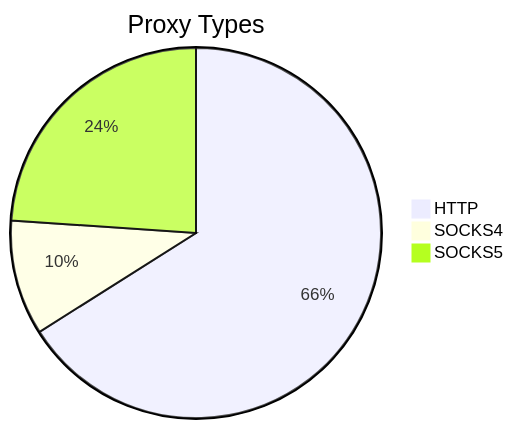
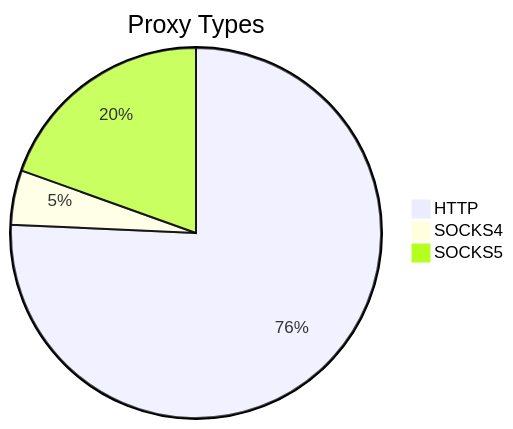
Before and after one commit to stormsia/proxy-list: the first of 2 diagrams in README.md, drawn with Mermaid. The commit also changed other lines of this file, not shown here.

````diff
--- a/README.md
+++ b/README.md
@@ -21,6 +21,6 @@
 ```mermaid
 pie title Proxy Types
-    "HTTP" : 138
-    "SOCKS4" : 21
-    "SOCKS5" : 50
+    "HTTP" : 159
+    "SOCKS4" : 10
+    "SOCKS5" : 41
 ```
````
